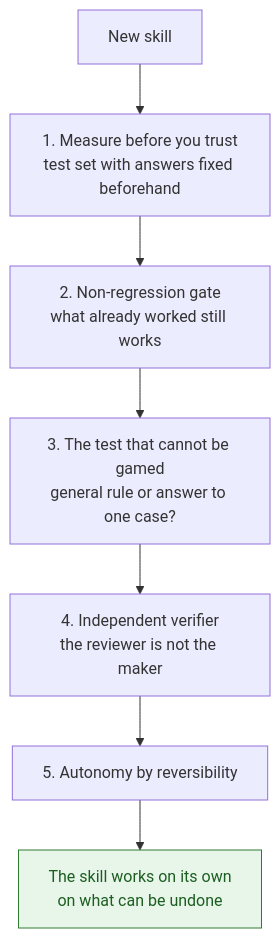
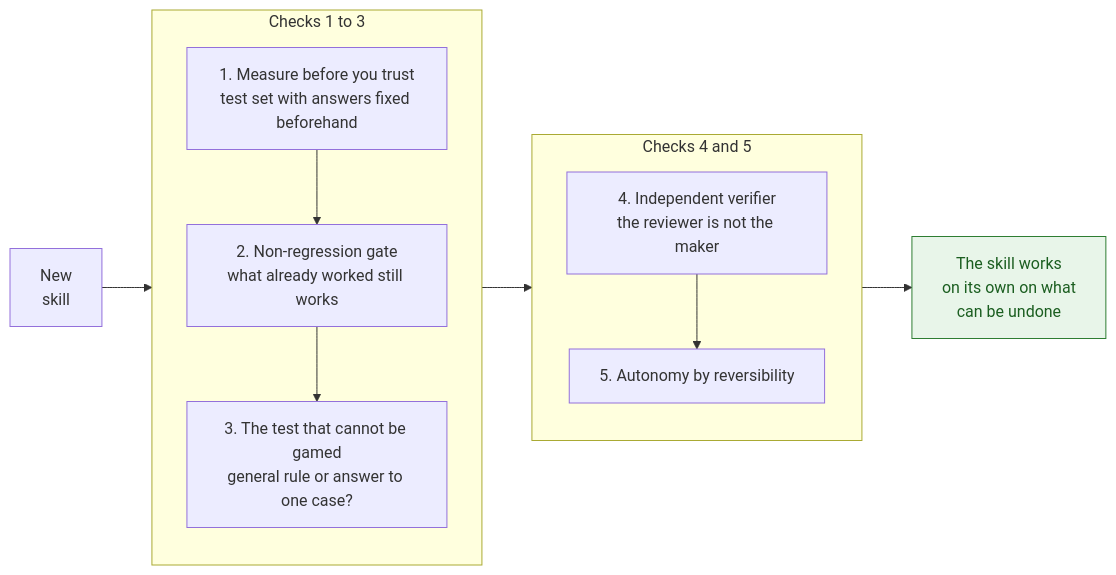
One commit to jleonceo/gobernanza-skills-analiticas changed the diagram in README.en.md. Above: the diagram before and after it, drawn with Mermaid. The commit also changed 1 other file, not shown here.

Commit message:
Esquema: pasa a horizontal para que ocupe menos de una pantalla
Iba de arriba abajo y ocupaba más de 1.000 píxeles de alto. Ahora va de
izquierda a derecha, con los pasos agrupados en columnas. El contenido de
las cajas es el mismo.

````diff
--- a/README.en.md
+++ b/README.en.md
@@ -15,10 +15,16 @@
 ```mermaid
-flowchart TD
-    S[New skill] --> C1[1. Measure before you trust<br/>test set with answers fixed beforehand]
-    C1 --> C2[2. Non-regression gate<br/>what already worked still works]
-    C2 --> C3[3. The test that cannot be gamed<br/>general rule or answer to one case?]
-    C3 --> C4[4. Independent verifier<br/>the reviewer is not the maker]
-    C4 --> C5[5. Autonomy by reversibility]
-    C5 --> T[The skill works on its own<br/>on what can be undone]
+flowchart LR
+    S[New<br/>skill] --> G1
+    subgraph G1[Checks 1 to 3]
+        direction TB
+        C1[1. Measure before you trust<br/>test set with answers fixed beforehand] --> C2[2. Non-regression gate<br/>what already worked still works]
+        C2 --> C3[3. The test that cannot be gamed<br/>general rule or answer to one case?]
+    end
+    subgraph G2[Checks 4 and 5]
+        direction TB
+        C4[4. Independent verifier<br/>the reviewer is not the maker] --> C5[5. Autonomy by reversibility]
+    end
+    G1 --> G2
+    G2 --> T[The skill works<br/>on its own on what<br/>can be undone]
     style T fill:#e8f5e9,stroke:#2e7d32,color:#1b5e20
 ```
````
